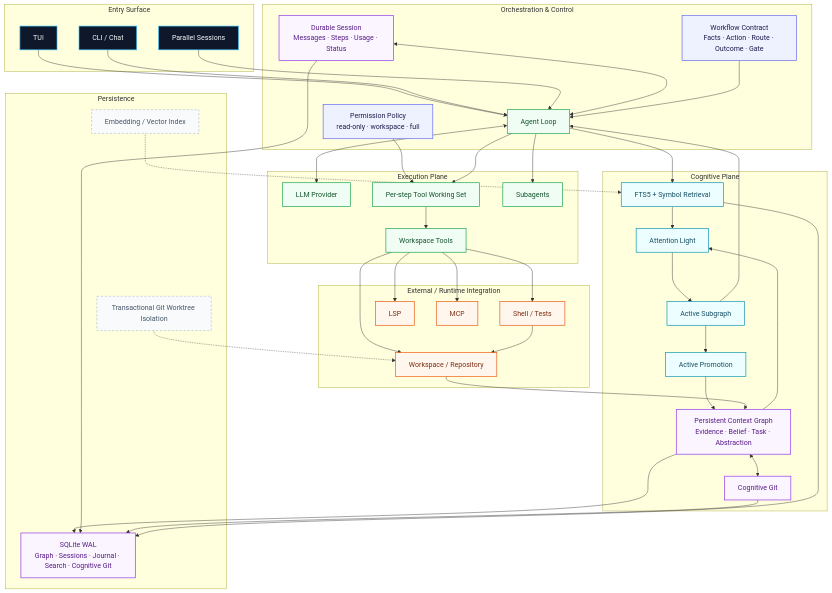
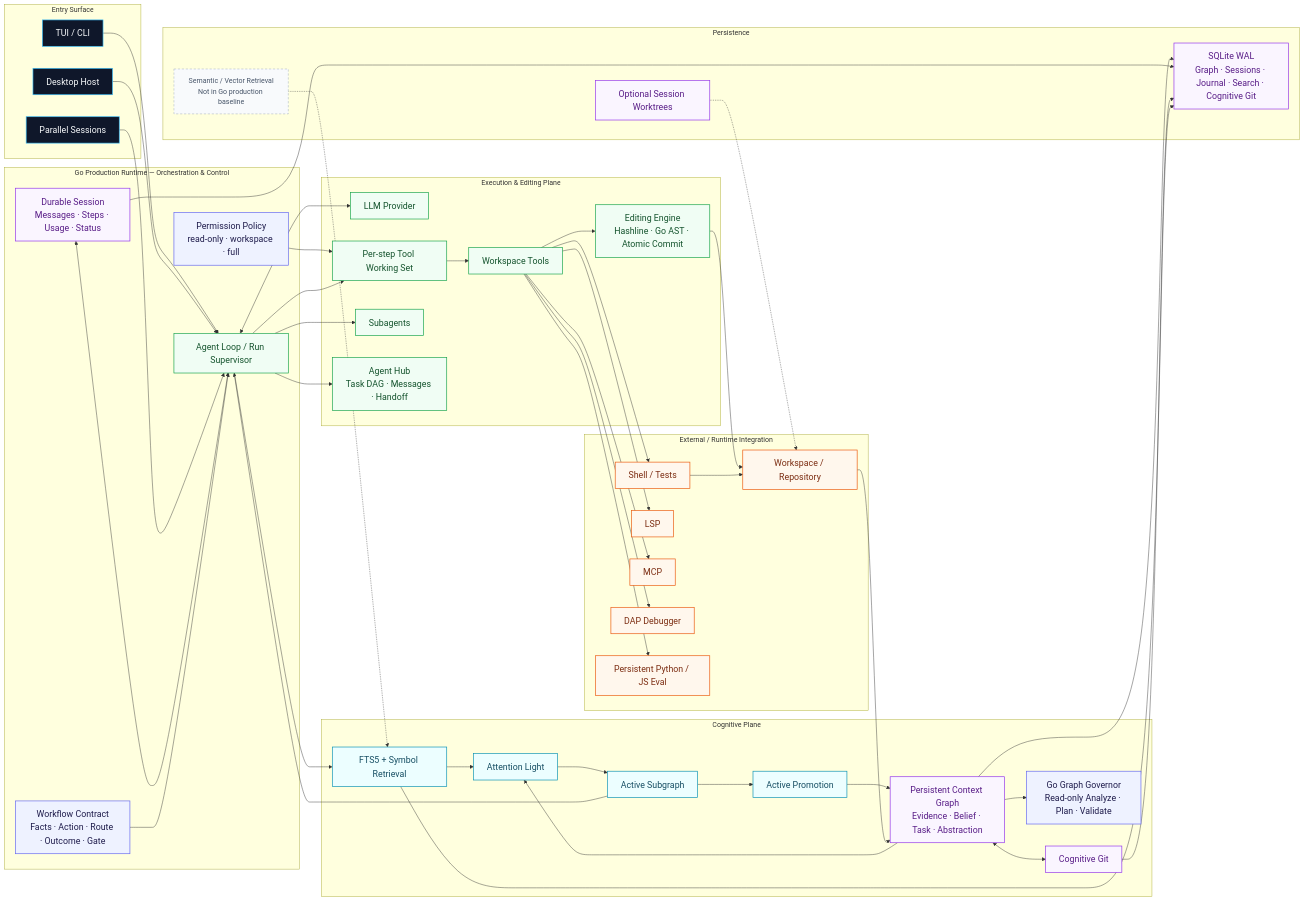
Before and after one commit to edynasty/LumenCortex: the diagram in docs/diagrams/system-architecture.mmd, drawn with Mermaid. The commit also changed 24 other files, not shown here.

Commit message:
docs: repair README brand and architecture visuals

```diff
--- a/docs/diagrams/system-architecture.mmd
+++ b/docs/diagrams/system-architecture.mmd
@@ -1,77 +1,86 @@
-flowchart TB
-  classDef entry fill:#0f172a,stroke:#38bdf8,color:#f8fafc,stroke-width:1.5px
-  classDef control fill:#eef2ff,stroke:#6366f1,color:#1e1b4b,stroke-width:1.5px
-  classDef cognitive fill:#ecfeff,stroke:#0891b2,color:#164e63,stroke-width:1.5px
-  classDef exec fill:#f0fdf4,stroke:#16a34a,color:#14532d,stroke-width:1.5px
-  classDef integ fill:#fff7ed,stroke:#ea580c,color:#7c2d12,stroke-width:1.5px
-  classDef store fill:#faf5ff,stroke:#9333ea,color:#581c87,stroke-width:1.5px
+flowchart LR
+  classDef entry fill:#0f172a,stroke:#38bdf8,color:#f8fafc,stroke-width:1.5px,font-size:20px
+  classDef control fill:#eef2ff,stroke:#6366f1,color:#1e1b4b,stroke-width:1.5px,font-size:20px
+  classDef cognitive fill:#ecfeff,stroke:#0891b2,color:#164e63,stroke-width:1.5px,font-size:20px
+  classDef exec fill:#f0fdf4,stroke:#16a34a,color:#14532d,stroke-width:1.5px,font-size:20px
+  classDef integ fill:#fff7ed,stroke:#ea580c,color:#7c2d12,stroke-width:1.5px,font-size:20px
+  classDef store fill:#faf5ff,stroke:#9333ea,color:#581c87,stroke-width:1.5px,font-size:20px
   classDef planned fill:#f8fafc,stroke:#94a3b8,color:#475569,stroke-dasharray:5 4
 
   subgraph ENTRY["Entry Surface"]
-    TUI["TUI"]:::entry
-    CLI["CLI / Chat"]:::entry
+    TUI["TUI / CLI"]:::entry
+    DESKTOP["Desktop Host"]:::entry
     PAR["Parallel Sessions"]:::entry
   end
 
-  subgraph ORCH["Orchestration & Control"]
-    AGENT["Agent Loop"]:::exec
+  subgraph ORCH["Go Production Runtime — Orchestration & Control"]
+    AGENT["Agent Loop / Run Supervisor"]:::exec
     WF["Workflow Contract<br/>Facts · Action · Route · Outcome · Gate"]:::control
     POLICY["Permission Policy<br/>read-only · workspace · full"]:::control
     SESSION["Durable Session<br/>Messages · Steps · Usage · Status"]:::store
   end
 
   subgraph COG["Cognitive Plane"]
     SEARCH["FTS5 + Symbol Retrieval"]:::cognitive
     LIGHT["Attention Light"]:::cognitive
     ACTIVE["Active Subgraph"]:::cognitive
     PROMOTE["Active Promotion"]:::cognitive
     GRAPH["Persistent Context Graph<br/>Evidence · Belief · Task · Abstraction"]:::store
     CGIT["Cognitive Git"]:::store
+    GOV["Go Graph Governor<br/>Read-only Analyze · Plan · Validate"]:::control
   end
 
-  subgraph EXEC["Execution Plane"]
+  subgraph EXEC["Execution & Editing Plane"]
     LLM["LLM Provider"]:::exec
     TOOLSET["Per-step Tool Working Set"]:::exec
     TOOLS["Workspace Tools"]:::exec
+    EDIT["Editing Engine<br/>Hashline · Go AST · Atomic Commit"]:::exec
     SUB["Subagents"]:::exec
+    HUB["Agent Hub<br/>Task DAG · Messages · Handoff"]:::exec
   end
 
   subgraph INTEG["External / Runtime Integration"]
     SHELL["Shell / Tests"]:::integ
     LSP["LSP"]:::integ
     MCP["MCP"]:::integ
+    DAP["DAP Debugger"]:::integ
+    EVAL["Persistent Python / JS Eval"]:::integ
     REPO["Workspace / Repository"]:::integ
   end
 
   subgraph STORE["Persistence"]
     SQLITE["SQLite WAL<br/>Graph · Sessions · Journal · Search · Cognitive Git"]:::store
-    WORKTREE["Transactional Git Worktree Isolation"]:::planned
-    VECTOR["Embedding / Vector Index"]:::planned
+    WORKTREE["Optional Session Worktrees"]:::store
+    VECTOR["Semantic / Vector Retrieval<br/>Not in Go production baseline"]:::planned
   end
 
   TUI --> AGENT
-  CLI --> AGENT
+  DESKTOP --> AGENT
   PAR --> AGENT
   SESSION <--> AGENT
   WF --> AGENT
   POLICY --> TOOLSET
   AGENT --> SEARCH --> LIGHT --> ACTIVE
   GRAPH --> LIGHT
   ACTIVE --> AGENT
   ACTIVE --> PROMOTE --> GRAPH
   GRAPH <--> CGIT
+  GRAPH --> GOV
   AGENT <--> LLM
   AGENT --> TOOLSET --> TOOLS
+  TOOLS --> EDIT --> REPO
   AGENT --> SUB
+  AGENT --> HUB
   TOOLS --> SHELL
   TOOLS --> LSP
   TOOLS --> MCP
-  TOOLS --> REPO
+  TOOLS --> DAP
+  TOOLS --> EVAL
   SHELL --> REPO
   REPO --> GRAPH
   GRAPH --> SQLITE
   SESSION --> SQLITE
   CGIT --> SQLITE
   SEARCH --> SQLITE
+  WORKTREE -.-> REPO
   VECTOR -.-> SEARCH
-  WORKTREE -.-> REPO
```
